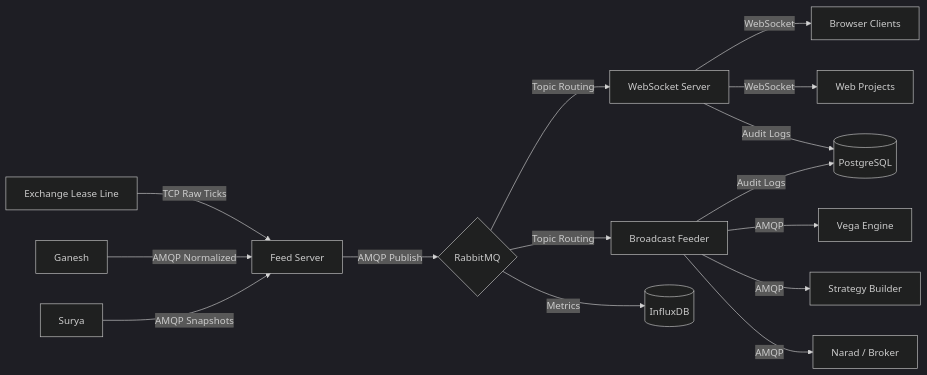
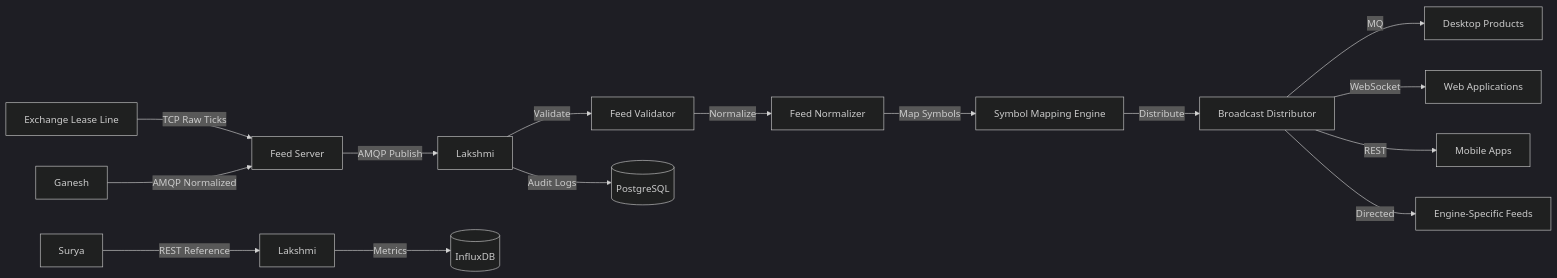
The diagram in public/knowledgebase/engines/lakshmi/04-high-level-architecture.md (algoiq-dmp/algo-ecosystem), drawn with Mermaid (dark theme) before and after one commit. The commit also changed other lines of this file and 3 other files, not shown here.

First line of the commit message:
Promote Lakshmi to SSOT Broadcast Distribution Platform

````diff
--- a/public/knowledgebase/engines/lakshmi/04-high-level-architecture.md
+++ b/public/knowledgebase/engines/lakshmi/04-high-level-architecture.md
@@ -41,17 +171,17 @@
 ```mermaid
 graph LR
     A[Exchange Lease Line] -->|TCP Raw Ticks| B[Feed Server]
     C[Ganesh] -->|AMQP Normalized| B
-    D[Surya] -->|AMQP Snapshots| B
-    B -->|AMQP Publish| E{RabbitMQ}
-    E -->|Topic Routing| F[WebSocket Server]
-    E -->|Topic Routing| G[Broadcast Feeder]
-    F -->|WebSocket| H[Browser Clients]
-    F -->|WebSocket| I[Web Projects]
-    G -->|AMQP| J[Vega Engine]
-    G -->|AMQP| K[Strategy Builder]
-    G -->|AMQP| L[Narad / Broker]
-    E -->|Metrics| M[(InfluxDB)]
-    F -->|Audit Logs| N[(PostgreSQL)]
-    G -->|Audit Logs| N
+    D[Surya] -->|REST Reference| E[Lakshmi]
+    B -->|AMQP Publish| F[Lakshmi]
+    F -->|Validate| G[Feed Validator]
+    G -->|Normalize| H[Feed Normalizer]
+    H -->|Map Symbols| I[Symbol Mapping Engine]
+    I -->|Distribute| J[Broadcast Distributor]
+    J -->|MQ| K[Desktop Products]
+    J -->|WebSocket| L[Web Applications]
+    J -->|REST| M[Mobile Apps]
+    J -->|Directed| N[Engine-Specific Feeds]
+    E -->|Metrics| O[(InfluxDB)]
+    F -->|Audit Logs| P[(PostgreSQL)]
 ```
````
